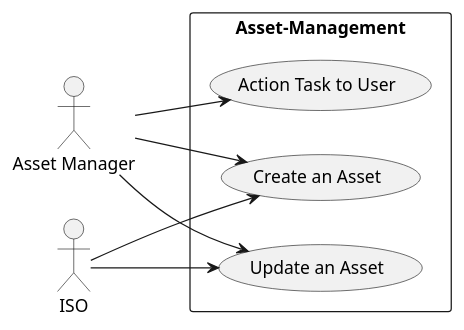
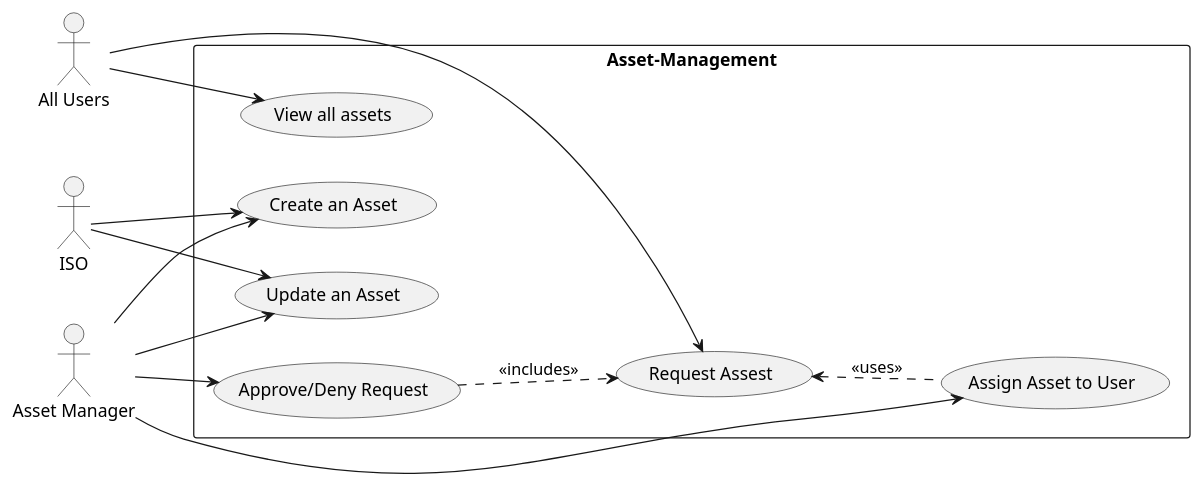
One commit to COS301-SE-2023/InfoSafe changed the diagram in Documentation/Diagrams/Asset-Management.puml. Above: the diagram before and after it, drawn with PlantUML. The commit also changed 1 other file, not shown here.

Commit message:
Asset management usecase updated

```diff
--- a/Documentation/Diagrams/Asset-Management.puml
+++ b/Documentation/Diagrams/Asset-Management.puml
@@ -1,15 +1,24 @@
 @startuml
 left to right direction
 actor "Asset Manager" as am
 actor "ISO" as iso
+actor "All Users" as user
 rectangle Asset-Management {
   usecase "Create an Asset" as UC1
   usecase "Update an Asset" as UC2
-  usecase "Action Task to User" as UC3
+  usecase "Assign Asset to User" as UC3
+  usecase "View all assets" as UC4
+  usecase "Request Assest" as UC5
+  usecase "Approve/Deny Request" as UC6
 }
 iso --> UC1
 iso --> UC2
 am --> UC1
 am --> UC2
 am --> UC3
+am --> UC6
+user --> UC4
+user --> UC5
+UC5 <.. UC3 : <<uses>>
+UC6 ..> UC5 : <<includes>>
 @enduml
```
